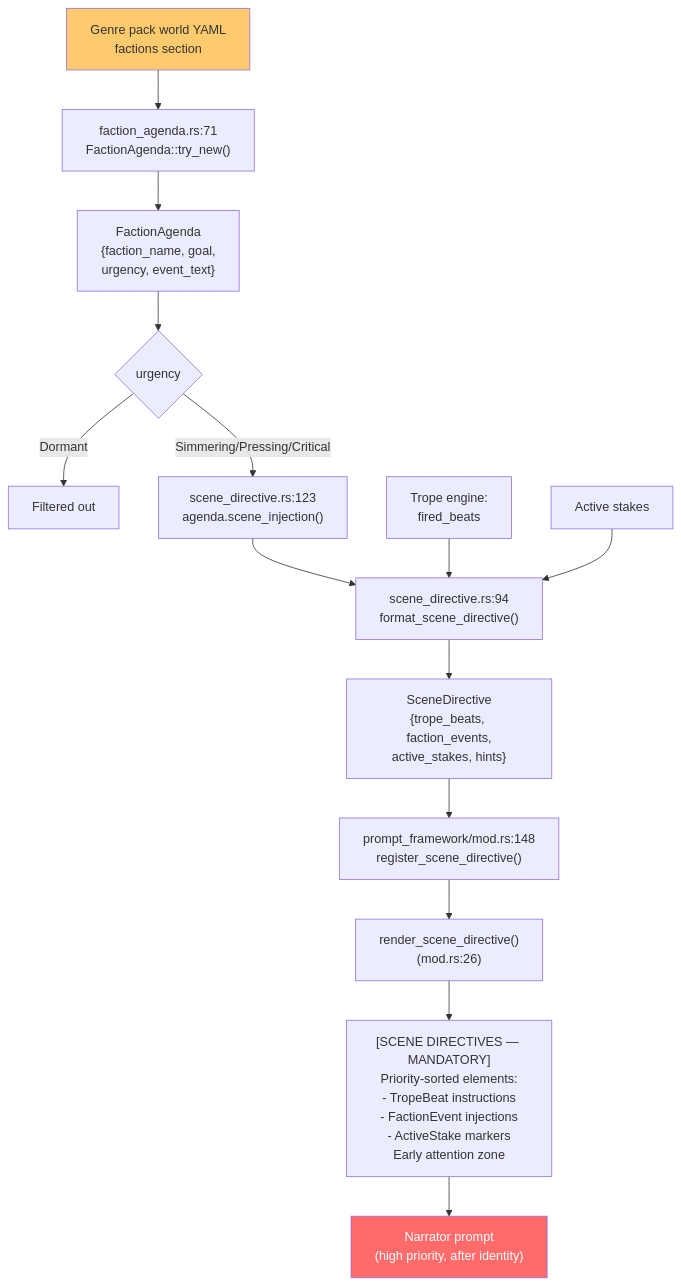
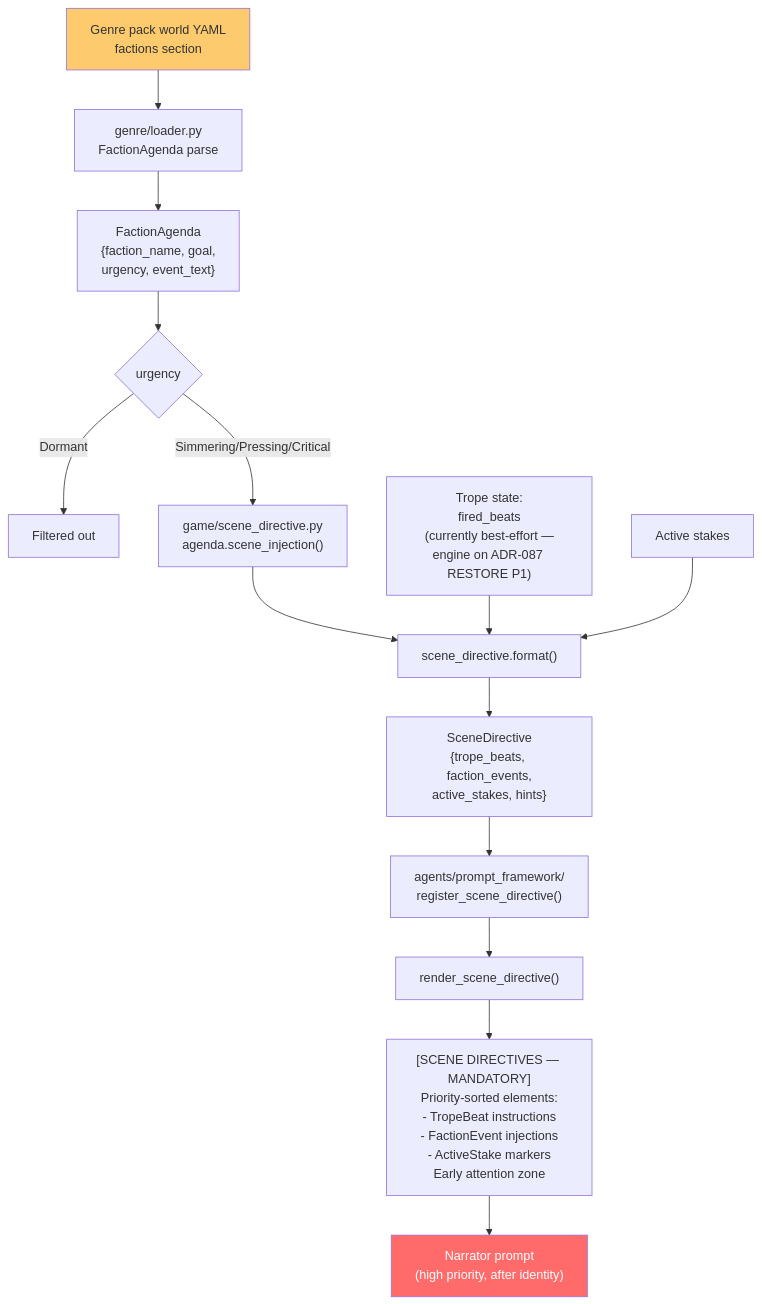
One commit to slabgorb/sidequest changed diagram 11 of 15 in docs/wiring-diagrams.md. Above: the diagram before and after it, drawn with Mermaid. The commit also changed other lines of this file and 4 other files, not shown here.

````diff
--- a/docs/wiring-diagrams.md
+++ b/docs/wiring-diagrams.md
@@ -586,23 +615,23 @@
 ```mermaid
 flowchart TD
-    A["Genre pack world YAML<br/>factions section"] --> B["faction_agenda.rs:71<br/>FactionAgenda::try_new()"]
+    A["Genre pack world YAML<br/>factions section"] --> B["genre/loader.py<br/>FactionAgenda parse"]
     B --> C["FactionAgenda<br/>{faction_name, goal,<br/>urgency, event_text}"]
 
     C --> D{"urgency"}
     D -->|"Dormant"| E["Filtered out"]
-    D -->|"Simmering/Pressing/Critical"| F["scene_directive.rs:123<br/>agenda.scene_injection()"]
+    D -->|"Simmering/Pressing/Critical"| F["game/scene_directive.py<br/>agenda.scene_injection()"]
 
-    F --> G["scene_directive.rs:94<br/>format_scene_directive()"]
+    F --> G["scene_directive.format()"]
 
-    H["Trope engine:<br/>fired_beats"] --> G
+    H["Trope state:<br/>fired_beats<br/>(currently best-effort —<br/>engine on ADR-087 RESTORE P1)"] --> G
     I["Active stakes"] --> G
 
     G --> J["SceneDirective<br/>{trope_beats, faction_events,<br/>active_stakes, hints}"]
-    J --> K["prompt_framework/mod.rs:148<br/>register_scene_directive()"]
-    K --> L["render_scene_directive()<br/>(mod.rs:26)"]
+    J --> K["agents/prompt_framework/<br/>register_scene_directive()"]
+    K --> L["render_scene_directive()"]
     L --> M["[SCENE DIRECTIVES — MANDATORY]<br/>Priority-sorted elements:<br/>- TropeBeat instructions<br/>- FactionEvent injections<br/>- ActiveStake markers<br/>Early attention zone"]
     M --> N["Narrator prompt<br/>(high priority, after identity)"]
 
     style A fill:#fdcb6e,color:#333
     style N fill:#ff6b6b,color:#fff
 ```
````
